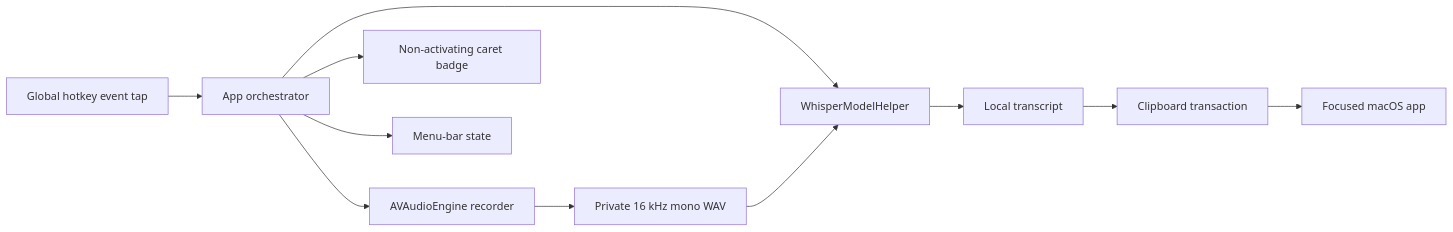
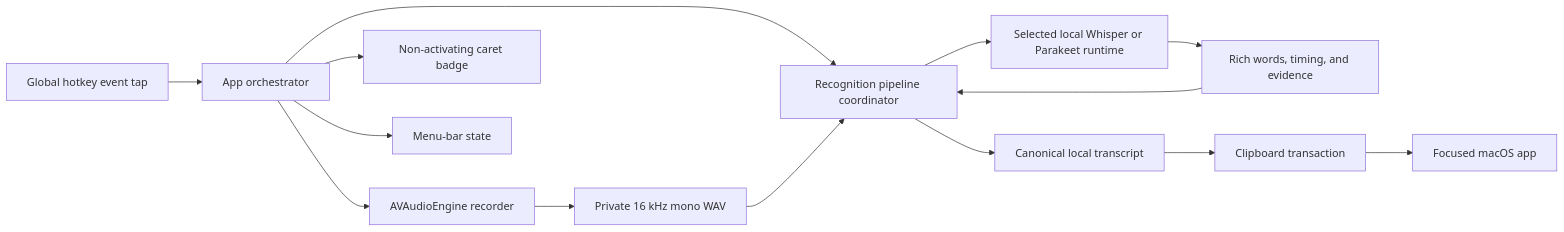
Before and after one commit to nikhi1g/whisper_hotkey: the diagram in docs/ARCHITECTURE.md, drawn with Mermaid. The commit also changed other lines of this file and 1 other file, not shown here.

````diff
--- a/docs/ARCHITECTURE.md
+++ b/docs/ARCHITECTURE.md
@@ -9,13 +9,16 @@
 ```mermaid
 flowchart LR
     H["Global hotkey event tap"] --> A["App orchestrator"]
     A --> R["AVAudioEngine recorder"]
     R --> W["Private 16 kHz mono WAV"]
-    A --> M["WhisperModelHelper"]
-    W --> M
-    M --> T["Local transcript"]
+    A --> C["Recognition pipeline coordinator"]
+    W --> C
+    C --> M["Selected local Whisper or Parakeet runtime"]
+    M --> E["Rich words, timing, and evidence"]
+    E --> C
+    C --> T["Canonical local transcript"]
     T --> P["Clipboard transaction"]
     P --> D["Focused macOS app"]
     A --> B["Non-activating caret badge"]
     A --> S["Menu-bar state"]
 ```
````
